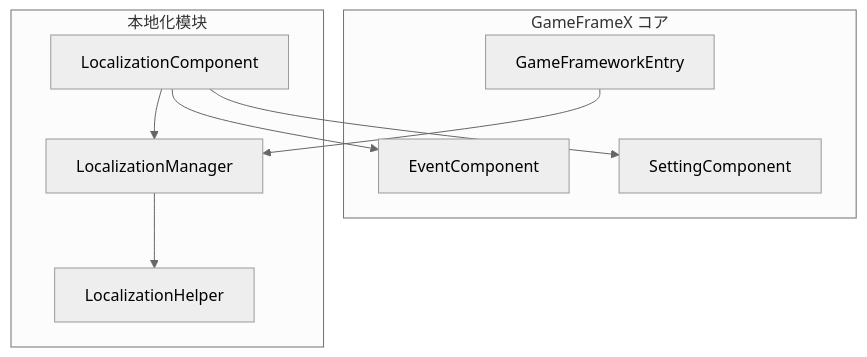
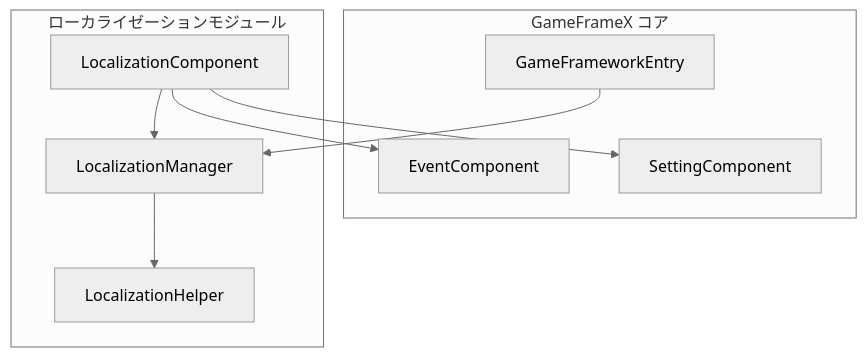
One commit to AlianBlank/GameFrameX.Docs changed the first of 3 diagrams in docs/ja/client/unity/component/localization/03.getting-started.md. Above: the diagram before and after it, drawn with Mermaid (neutral theme). The commit also changed other lines of this file and 320 other files, not shown here.

````diff
--- a/docs/ja/client/unity/component/localization/03.getting-started.md
+++ b/docs/ja/client/unity/component/localization/03.getting-started.md
@@ -16,20 +16,20 @@
 ```mermaid
 flowchart TD
     subgraph GameFrameX["GameFrameX コア"]
         GFEntry[GameFrameworkEntry]
         EventComp[EventComponent]
         SettingComp[SettingComponent]
     end
-    
-    subgraph Localization["本地化模块"]
+
+    subgraph Localization["ローカライゼーションモジュール"]
         LocComp[LocalizationComponent]
         LocMgr[LocalizationManager]
         LocHelper[LocalizationHelper]
     end
-    
+
     GFEntry --> LocMgr
     LocComp --> EventComp
     LocComp --> SettingComp
     LocComp --> LocMgr
     LocMgr --> LocHelper
 ```
````
